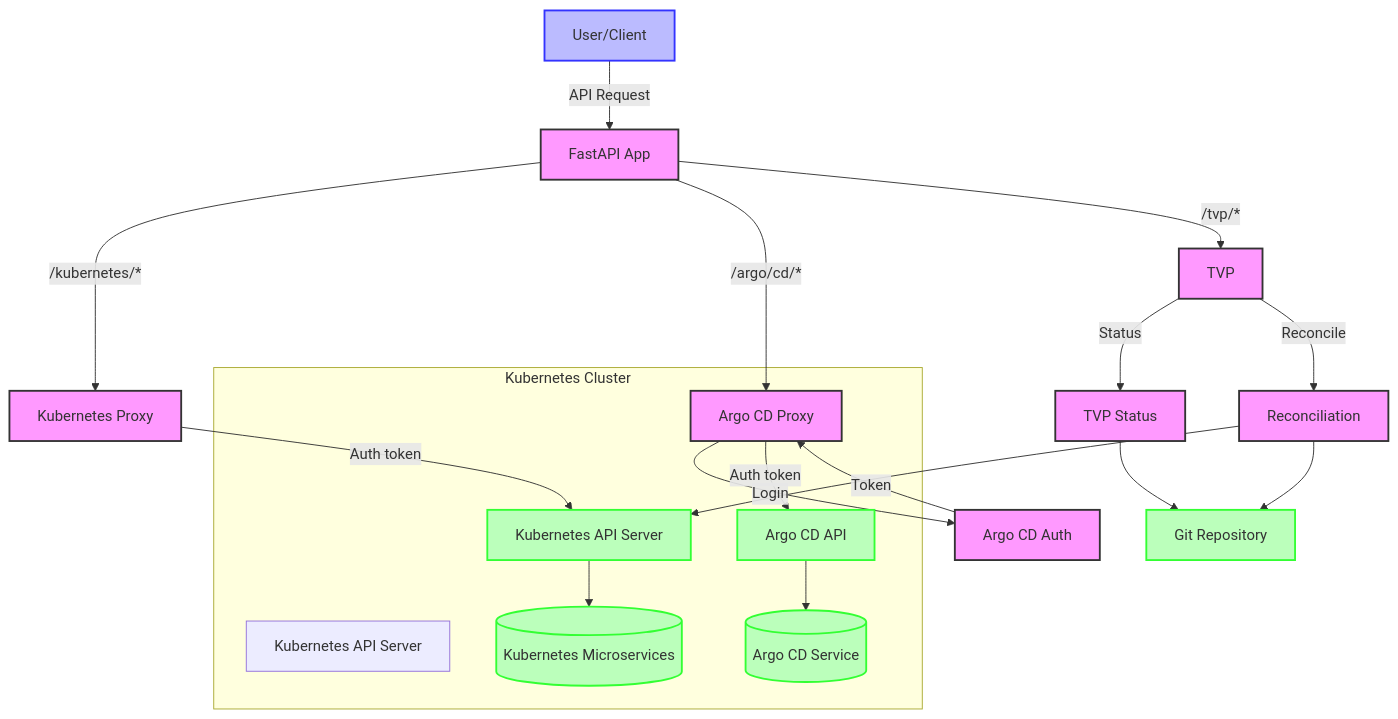
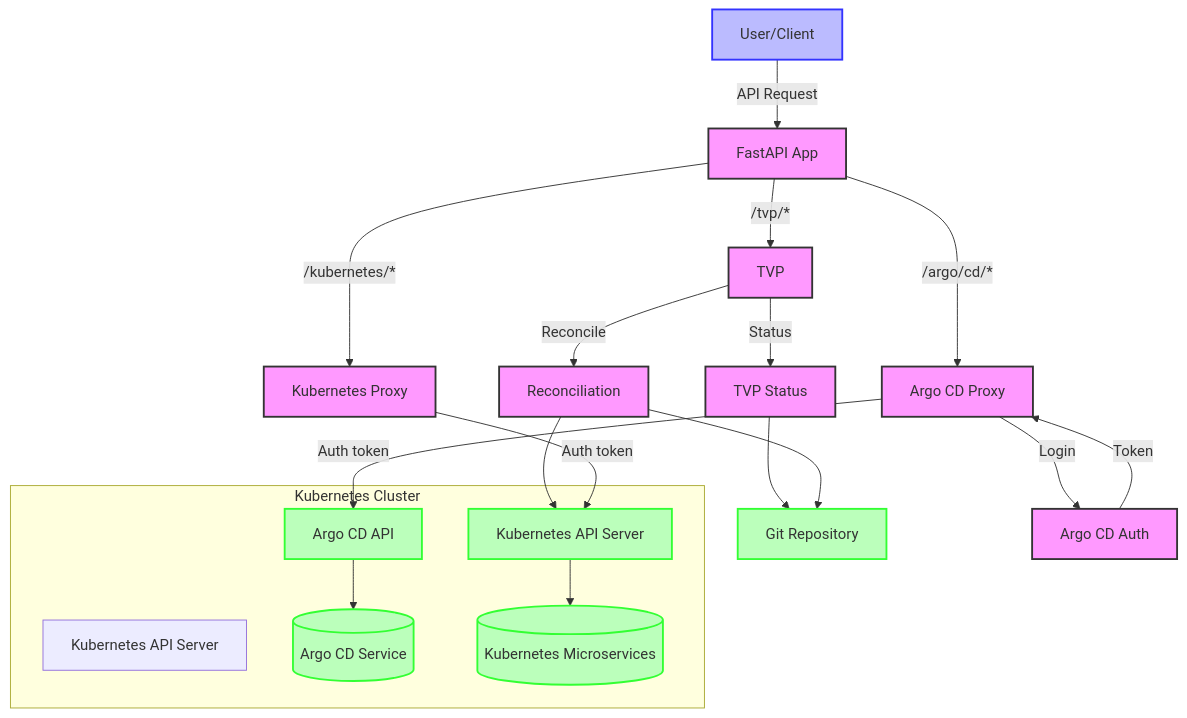
Before and after one commit to lloydchang/tvp-k8s: the diagram in fastapi/mermaid/data-flow-diagram.mermaid, drawn with Mermaid.

```diff
--- a/fastapi/mermaid/data-flow-diagram.mermaid
+++ b/fastapi/mermaid/data-flow-diagram.mermaid
@@ -1,33 +1,33 @@
 flowchart TD
     User[User/Client] -->|API Request| API[FastAPI App]
     
     API -->|/kubernetes/*| KP[Kubernetes Proxy]
     API -->|/argo/cd/*| AP[Argo CD Proxy]
     API -->|/tvp/*| TVP[TVP]
         
     TVP -->|Status| TS[TVP Status]
     TVP -->|Reconcile| R[Reconciliation]
     
     TS --> Git[Git Repository]
     R --> Git
     R --> KA
 
     KP -->|Auth token| KA[Kubernetes API Server]
     AP -->|Login| Auth[Argo CD Auth]
-        Auth -->|Token| AP
+    Auth -->|Token| AP
+    AP -->|Auth token| AA[Argo CD API]
 
     subgraph "Kubernetes Cluster"
-        AP -->|Auth token| AA[Argo CD API]
         KubernetesAPI[Kubernetes API Server]
         ArgoCD[Argo CD]
         KA --> Kubernetes[(Kubernetes Microservices)]
         AA --> ArgoCD[(Argo CD Service)]
     end
     
     classDef user fill:#bbf,stroke:#33f,stroke-width:2px
     classDef app fill:#f9f,stroke:#333,stroke-width:2px
     classDef external fill:#bfb,stroke:#3f3,stroke-width:2px
     
     class User user
     class API,KP,AP,TVP,TS,R,Auth app
     class Kubernetes,ArgoCD,Git,KA,AA external
```
